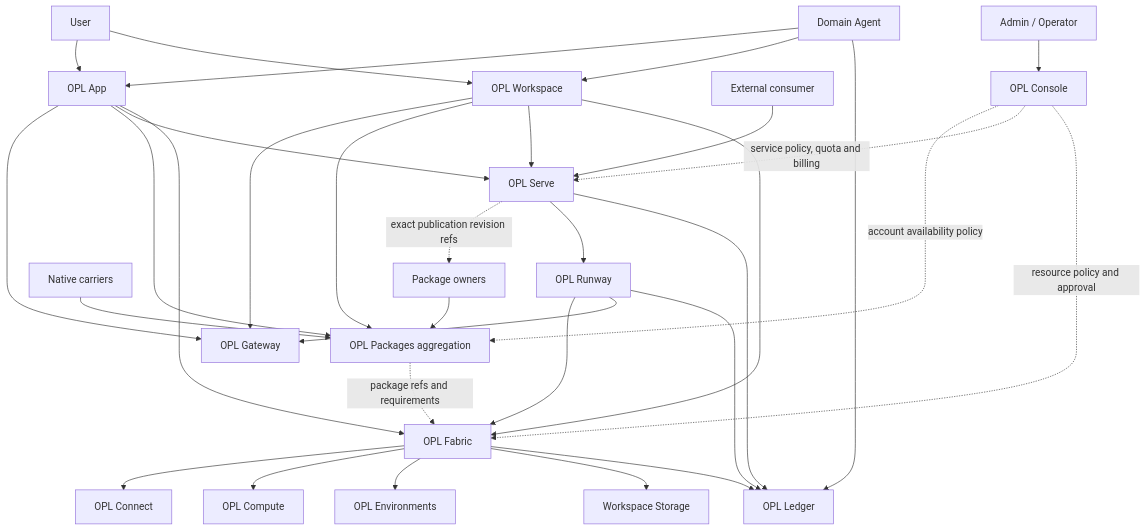
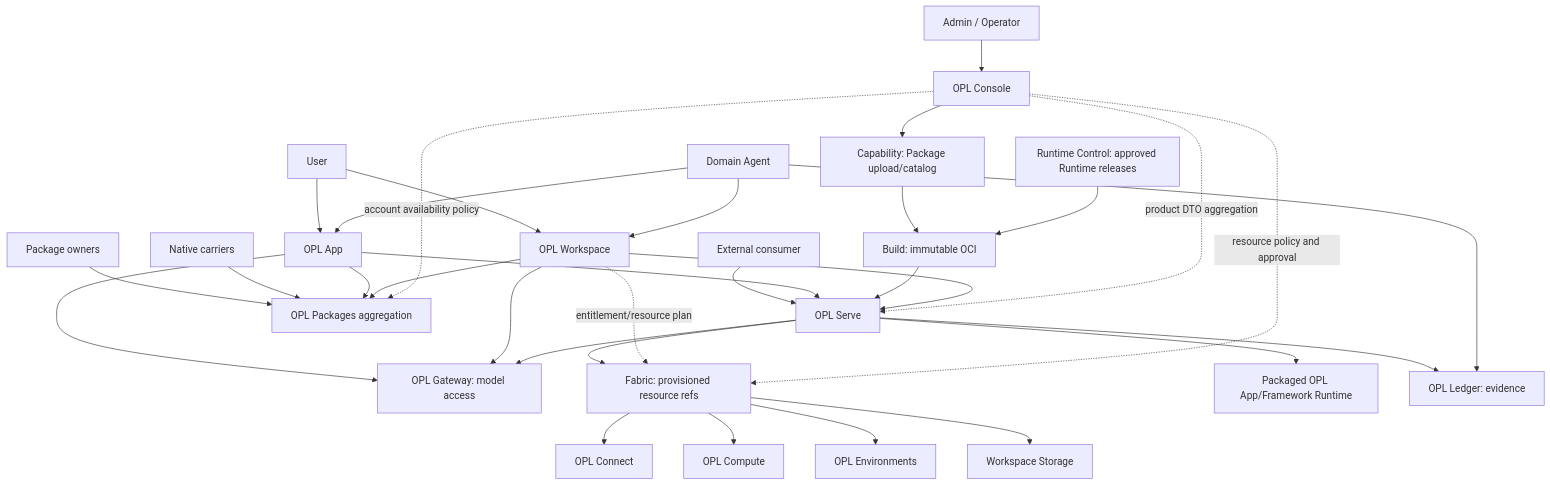
One commit to gaofeng21cn/one-person-lab-cloud changed the diagram in docs/architecture.md. Above: the diagram before and after it, drawn with Mermaid. The commit also changed other lines of this file and 120 other files, not shown here.

````diff
--- a/docs/architecture.md
+++ b/docs/architecture.md
@@ -226,39 +229,38 @@
 ```mermaid
 flowchart TB
   User[User] --> App[OPL App]
   User --> Workspace[OPL Workspace]
   Consumer[External consumer] --> Serve[OPL Serve]
   Admin[Admin / Operator] --> Console[OPL Console]
   Domain[Domain Agent] --> App
   Domain --> Workspace
 
   App --> Gateway[OPL Gateway]
   Workspace --> Gateway
   Owners[Package owners] --> Packages[OPL Packages aggregation]
   Carriers[Native carriers] --> Packages
   App --> Packages
   Workspace --> Packages
   Console -. account availability policy .-> Packages
 
   App --> Serve
+  Console --> Capability[Capability: Package upload/catalog]
+  Capability --> Build[Build: immutable OCI]
+  RuntimeControl[Runtime Control: approved Runtime releases] --> Build
+  Build --> Serve
   Workspace --> Serve
-  Console -. service policy, quota and billing .-> Serve
-  Serve -. exact publication revision refs .-> Owners
-  Serve --> Runway[OPL Runway]
+  Serve --> Fabric[Fabric: provisioned resource refs]
+  Serve --> AgentRuntime[Packaged OPL App/Framework Runtime]
+  Console -. product DTO aggregation .-> Serve
 
-  App --> Fabric[OPL Fabric]
-  Workspace --> Fabric
+  Workspace -. entitlement/resource plan .-> Fabric
   Console -. resource policy and approval .-> Fabric
-  Packages -. package refs and requirements .-> Fabric
-  Runway --> Fabric
-  Runway --> Gateway
+  Serve --> Gateway[OPL Gateway: model access]
+  Serve --> Ledger[OPL Ledger: evidence]
 
   Fabric --> Connect[OPL Connect]
   Fabric --> Compute[OPL Compute]
   Fabric --> Environments[OPL Environments]
   Fabric --> Storage[Workspace Storage]
-  Fabric --> Ledger[OPL Ledger]
-  Runway --> Ledger
-  Serve --> Ledger
   Domain --> Ledger
 ```
````
